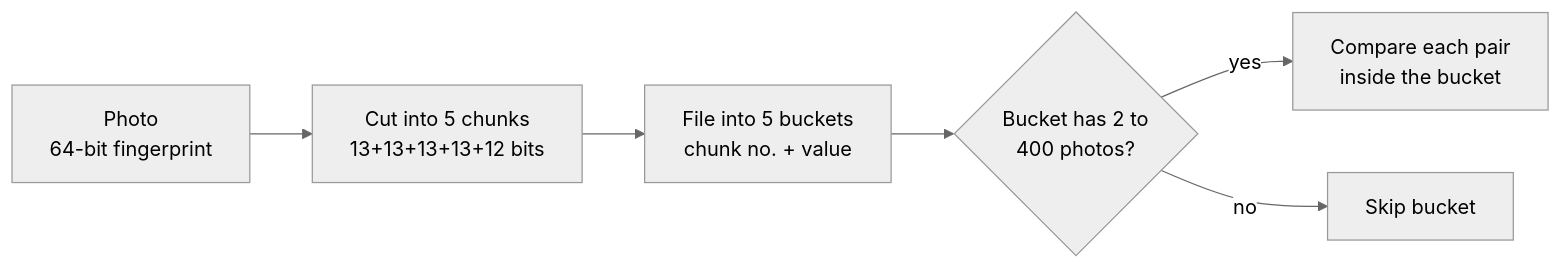
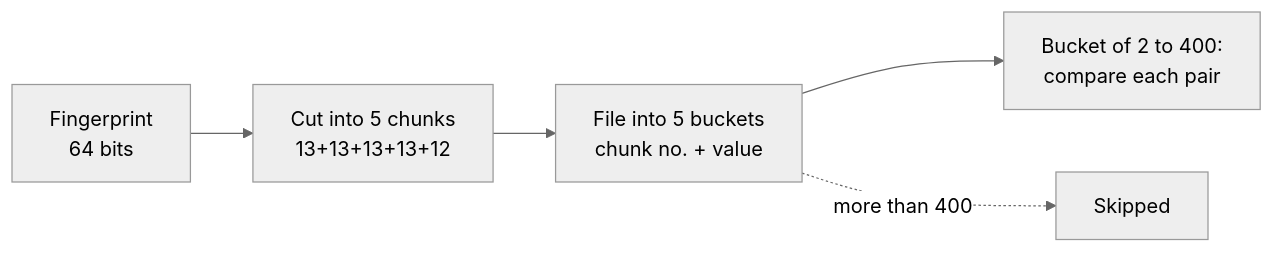
The third of 5 diagrams in docs/src/engine-duplicates.md (AxialForge/Lunelis), drawn with Mermaid (neutral theme) before and after one commit. The commit also changed other lines of this file and 6 other files, not shown here.

Commit message:
Kit: keep table columns wide enough for their longest word, legend below charts, no blank page before a chapter, optional chapter flow

````diff
--- a/docs/src/engine-duplicates.md
+++ b/docs/src/engine-duplicates.md
@@ -233,8 +163,5 @@
-```mermaid Candidate search: five buckets per photo; a bucket of more than 400 photos is skipped as meaningless.
+```mermaid Candidate search: five buckets per photo; a bucket of more than 400 photos says nothing and is skipped.
 flowchart LR
-  A["Photo<br>64-bit fingerprint"] --> B["Cut into 5 chunks<br>13+13+13+13+12 bits"]
-  B --> C["File into 5 buckets<br>chunk no. + value"]
-  C --> D{"Bucket has 2 to<br>400 photos?"}
-  D -- yes --> E["Compare each pair<br>inside the bucket"]
-  D -- no --> F["Skip bucket"]
+  A["Fingerprint<br>64 bits"] --> B["Cut into 5 chunks<br>13+13+13+13+12"] --> C["File into 5 buckets<br>chunk no. + value"] --> D["Bucket of 2 to 400:<br>compare each pair"]
+  C -.->|"more than 400"| F["Skipped"]
 ```
````
